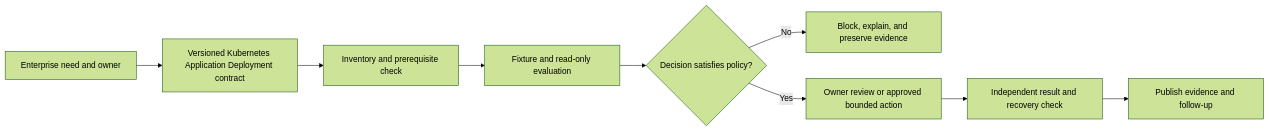
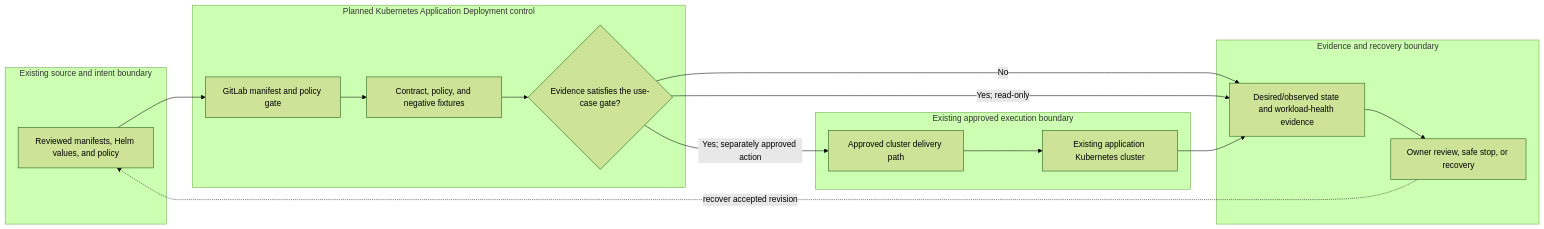
Before and after one commit to MIDHTECH/enterprise-architecture-docs: the diagram in docs/use-cases/kubernetes/UC-K8S-003-kubernetes-application-deployment.md, drawn with Mermaid (forest theme). The commit also changed other lines of this file and 227 other files, not shown here.

Commit message:
Deepen architecture for all use case designs

````diff
--- a/docs/use-cases/kubernetes/UC-K8S-003-kubernetes-application-deployment.md
+++ b/docs/use-cases/kubernetes/UC-K8S-003-kubernetes-application-deployment.md
@@ -136,11 +129,25 @@
 ```mermaid
 flowchart LR
-    Need["Enterprise need and owner"] --> Contract["Versioned Kubernetes Application Deployment contract"]
-    Contract --> Preflight["Inventory and prerequisite check"]
-    Preflight --> Evaluate["Fixture and read-only evaluation"]
-    Evaluate --> Decision{"Decision satisfies policy?"}
-    Decision -->|No| Stop["Block, explain, and preserve evidence"]
-    Decision -->|Yes| Review["Owner review or approved bounded action"]
-    Review --> Verify["Independent result and recovery check"]
-    Verify --> Publish["Publish evidence and follow-up"]
+    subgraph Source["Existing source and intent boundary"]
+        A["Reviewed manifests, Helm values, and policy"]
+    end
+    subgraph Planned["Planned Kubernetes Application Deployment control"]
+        B["GitLab manifest and policy gate"]
+        C["Contract, policy, and negative fixtures"]
+        D{"Evidence satisfies the use-case gate?"}
+    end
+    subgraph Runtime["Existing approved execution boundary"]
+        E["Approved cluster delivery path"]
+        F["Existing application Kubernetes cluster"]
+    end
+    subgraph Assurance["Evidence and recovery boundary"]
+        G["Desired/observed state and workload-health evidence"]
+        H["Owner review, safe stop, or recovery"]
+    end
+
+    A --> B --> C --> D
+    D -->|No| G --> H
+    D -->|Yes; read-only| G
+    D -->|Yes; separately approved action| E --> F --> G
+    H -. recover accepted revision .-> A
 ```
````
